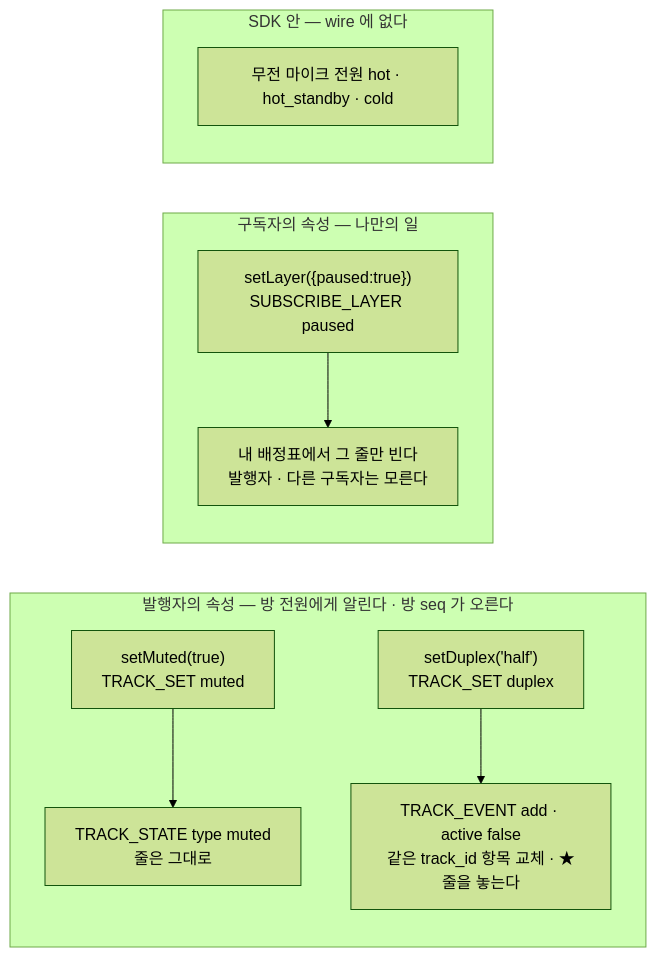
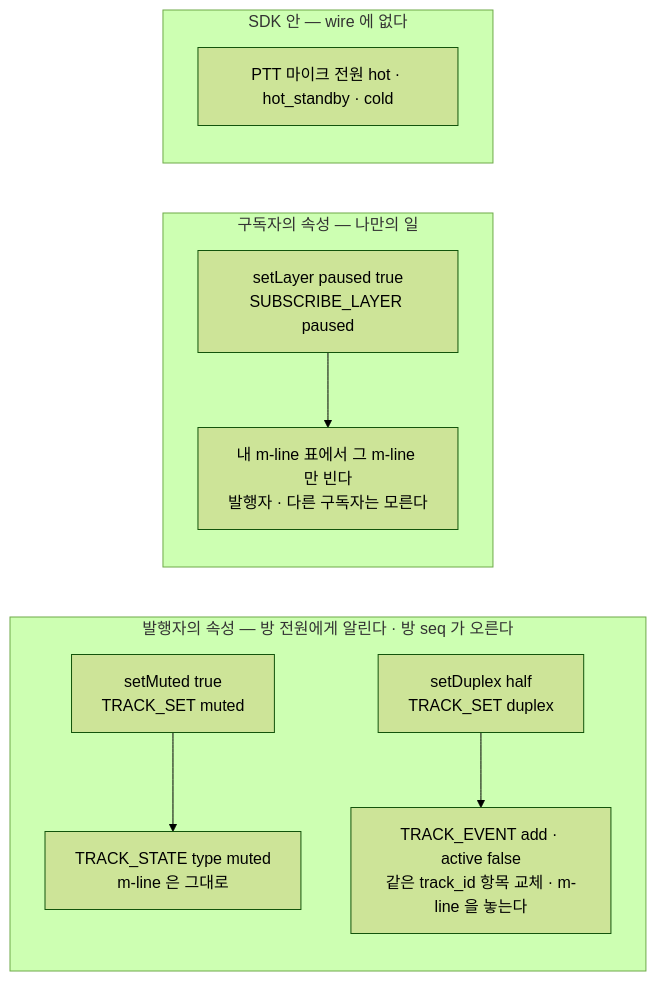
The first of 4 diagrams in docs/learn/06_TRACK_ATTRS.md (kodeholic9/oxlens-sfu), drawn with Mermaid (forest theme) before and after one commit. The commit also changed other lines of this file and 19 other files, not shown here.

````diff
--- a/docs/learn/06_TRACK_ATTRS.md
+++ b/docs/learn/06_TRACK_ATTRS.md
@@ -11,13 +11,13 @@
 ```mermaid
 flowchart LR
   subgraph PUBSIDE["발행자의 속성 — 방 전원에게 알린다 · 방 seq 가 오른다"]
-    M["setMuted(true)<br/>TRACK_SET muted"] --> TS["TRACK_STATE type muted<br/>줄은 그대로"]
-    D["setDuplex('half')<br/>TRACK_SET duplex"] --> TE["TRACK_EVENT add · active false<br/>같은 track_id 항목 교체 · ★줄을 놓는다"]
+    M["setMuted true<br/>TRACK_SET muted"] --> TS["TRACK_STATE type muted<br/>m-line 은 그대로"]
+    D["setDuplex half<br/>TRACK_SET duplex"] --> TE["TRACK_EVENT add · active false<br/>같은 track_id 항목 교체 · m-line 을 놓는다"]
   end
   subgraph SUBSIDE["구독자의 속성 — 나만의 일"]
-    P["setLayer({paused:true})<br/>SUBSCRIBE_LAYER paused"] --> ROW["내 배정표에서 그 줄만 빈다<br/>발행자 · 다른 구독자는 모른다"]
+    P["setLayer paused true<br/>SUBSCRIBE_LAYER paused"] --> ROW["내 m-line 표에서 그 m-line 만 빈다<br/>발행자 · 다른 구독자는 모른다"]
   end
   subgraph SDKSIDE["SDK 안 — wire 에 없다"]
-    MIC["무전 마이크 전원 hot · hot_standby · cold"]
+    MIC["PTT 마이크 전원 hot · hot_standby · cold"]
   end
 ```
````
